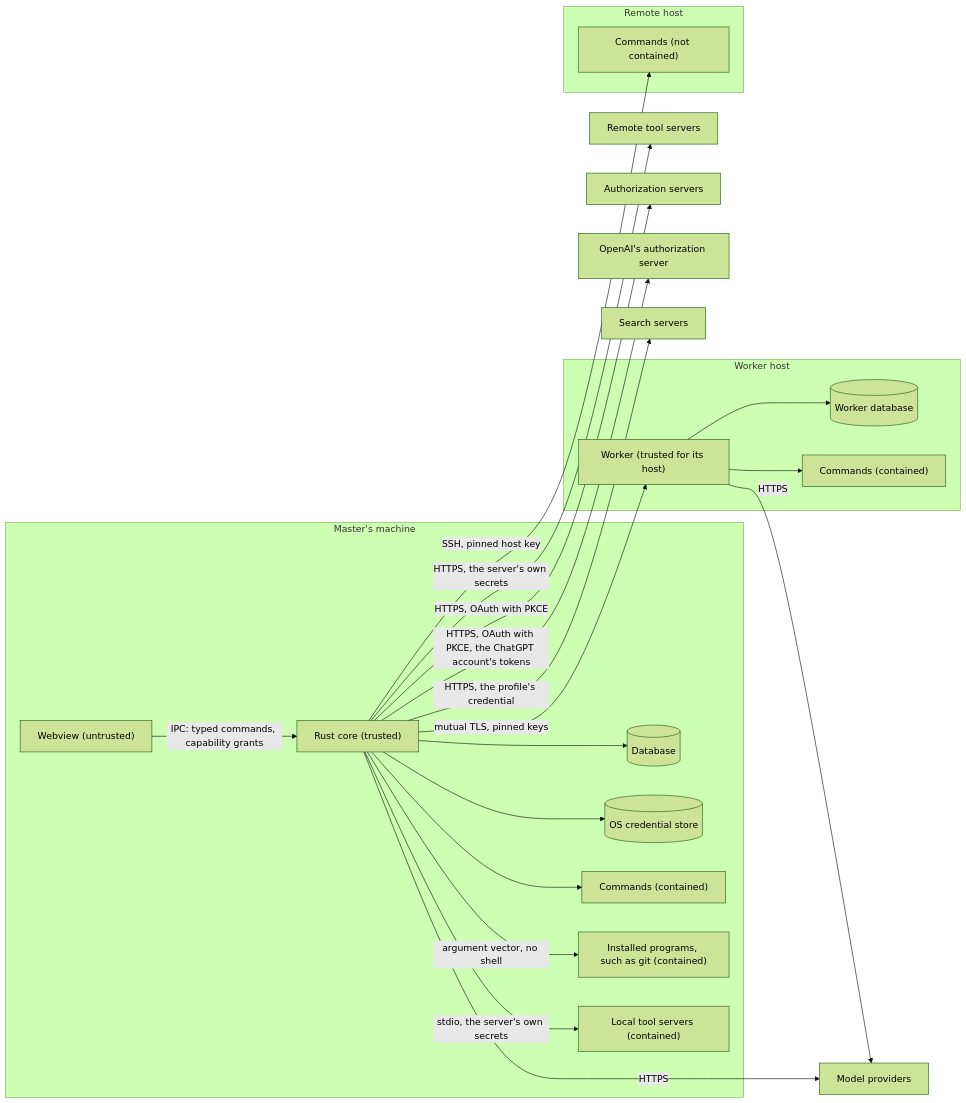
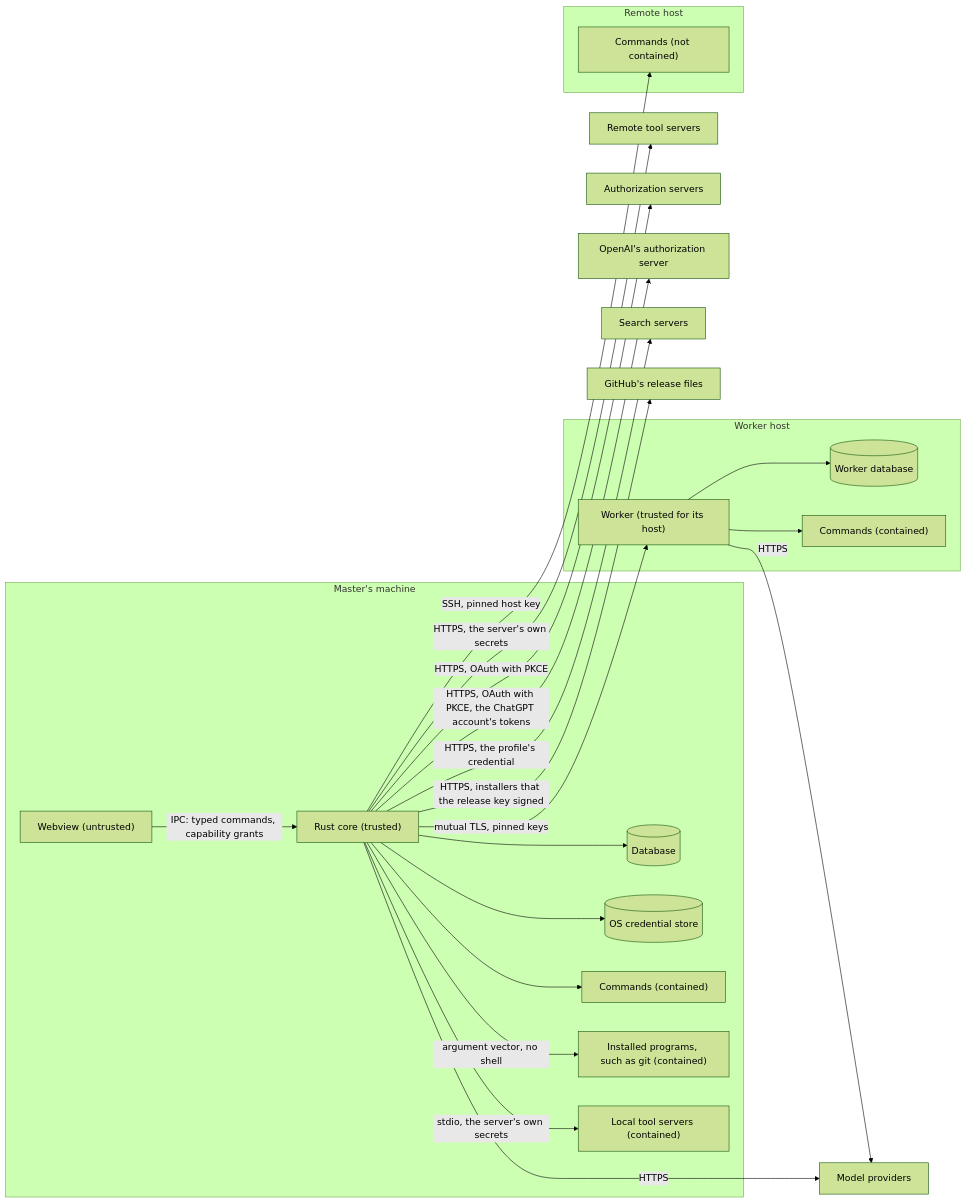
The diagram in docs/architecture/security.md (limbon2/mannie), drawn with Mermaid (forest theme) before and after one commit. The commit also changed other lines of this file and 76 other files, not shown here.

````diff
--- a/docs/architecture/security.md
+++ b/docs/architecture/security.md
@@ -60,41 +62,43 @@
 ```mermaid
 flowchart LR
   subgraph MasterMachine["Master's machine"]
     WV["Webview (untrusted)"]
     Core["Rust core (trusted)"]
     Store[("Database")]
     Keys[("OS credential store")]
     Cmd["Commands (contained)"]
     Prog["Installed programs, such as git (contained)"]
     Local["Local tool servers (contained)"]
   end
   subgraph Host["Worker host"]
     Wk["Worker (trusted for its host)"]
     WStore[("Worker database")]
     WCmd["Commands (contained)"]
   end
   subgraph Remote["Remote host"]
     RCmd["Commands (not contained)"]
   end
   Tool["Remote tool servers"]
   Auth["Authorization servers"]
   OpenAI["OpenAI's authorization server"]
   Prov["Model providers"]
   Search["Search servers"]
+  Releases["GitHub's release files"]
   WV -- "IPC: typed commands, capability grants" --> Core
   Core --> Store
   Core --> Keys
   Core --> Cmd
   Core -- "argument vector, no shell" --> Prog
   Core -- "mutual TLS, pinned keys" --> Wk
   Core -- "SSH, pinned host key" --> RCmd
   Core -- "stdio, the server's own secrets" --> Local
   Core -- "HTTPS, the server's own secrets" --> Tool
   Core -- "HTTPS, OAuth with PKCE" --> Auth
   Core -- "HTTPS, OAuth with PKCE, the ChatGPT account's tokens" --> OpenAI
   Wk --> WStore
   Wk --> WCmd
   Core -- HTTPS --> Prov
   Core -- "HTTPS, the profile's credential" --> Search
+  Core -- "HTTPS, installers that the release key signed" --> Releases
   Wk -- HTTPS --> Prov
 ```
````
